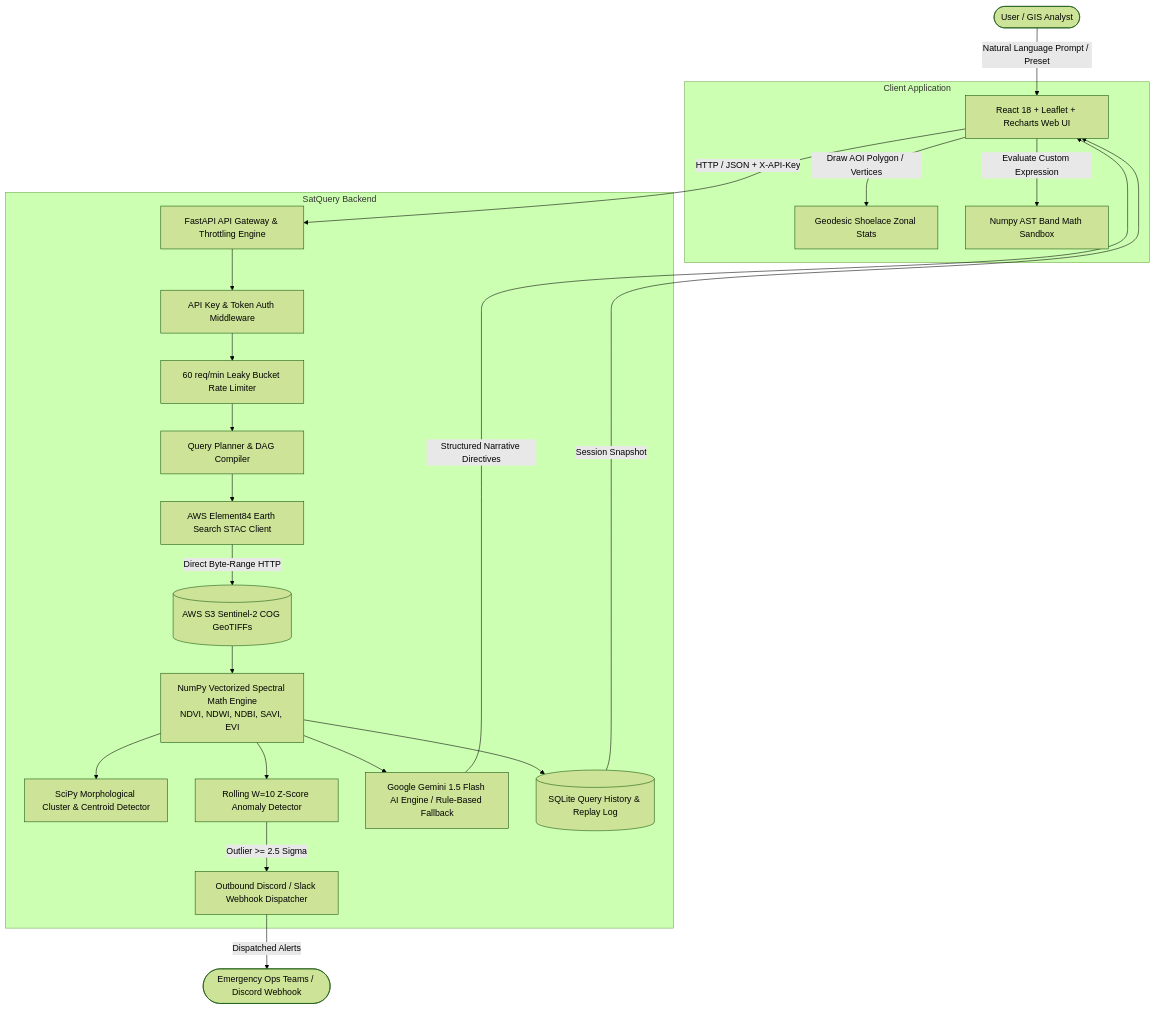
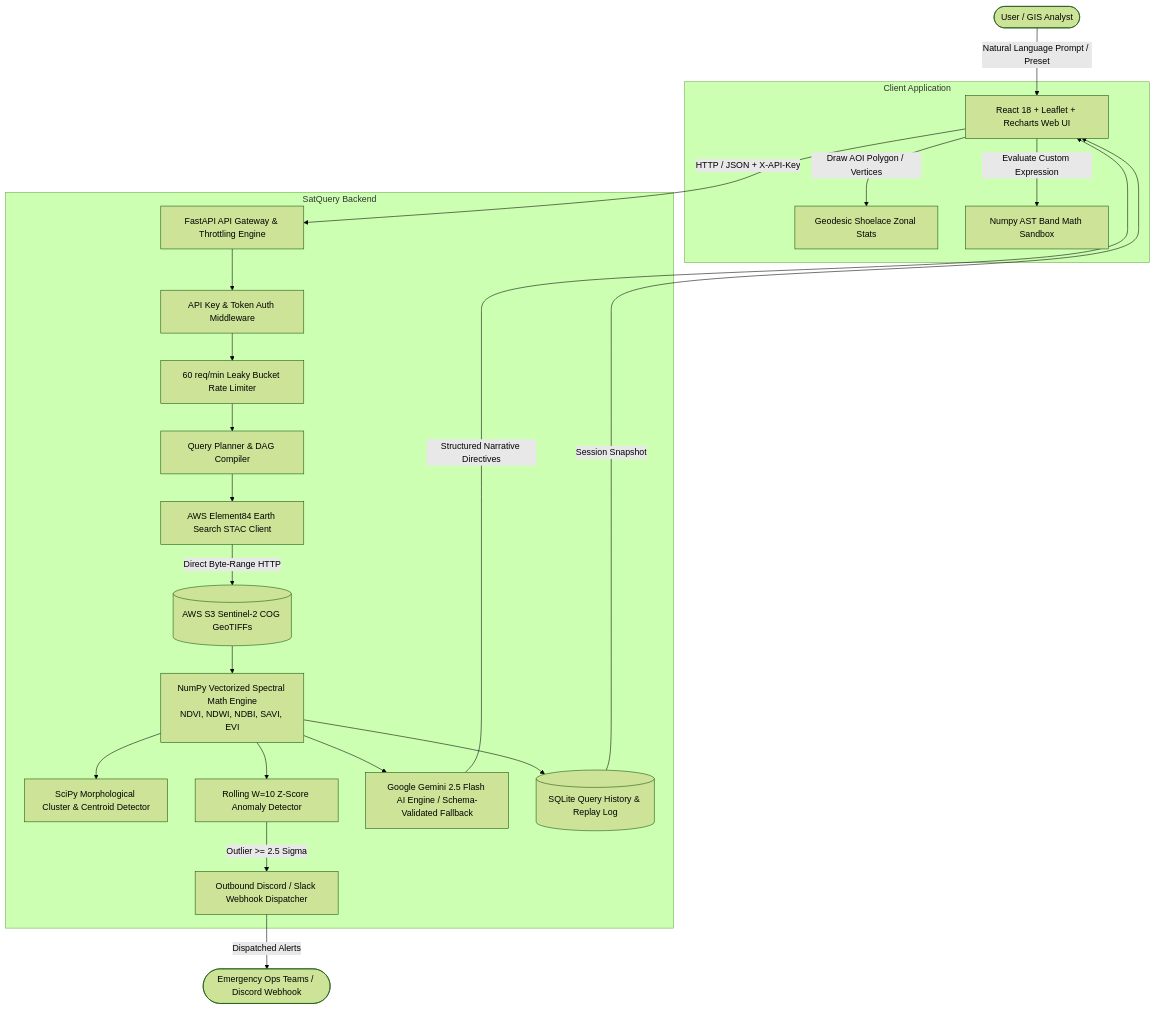
The diagram in README.md (Dewesh10/satquery-ai), drawn with Mermaid (forest theme) before and after one commit. The commit also changed other lines of this file and 10 other files, not shown here.

Commit message:
feat(benchmarks): add Sen1Floods11 & OSCD benchmarks, multi-sensor RF model, schema-validated LLM planner, and 20 tests

````diff
--- a/README.md
+++ b/README.md
@@ -36,34 +36,34 @@
 ```mermaid
 flowchart TD
     User([User / GIS Analyst]) -->|Natural Language Prompt / Preset| Frontend[React 18 + Leaflet + Recharts Web UI]
     
     subgraph Client Layer [Client Application]
         Frontend -->|Draw AOI Polygon / Vertices| AOIEngine[Geodesic Shoelace Zonal Stats]
         Frontend -->|Evaluate Custom Expression| FormulaSandbox[Numpy AST Band Math Sandbox]
     end
 
     Frontend -->|HTTP / JSON + X-API-Key| Gateway[FastAPI API Gateway & Throttling Engine]
     
     subgraph Core Processing [SatQuery Backend]
         Gateway --> AuthMiddleware[API Key & Token Auth Middleware]
         AuthMiddleware --> RateLimiter[60 req/min Leaky Bucket Rate Limiter]
         RateLimiter --> NLPlanner[Query Planner & DAG Compiler]
         
         NLPlanner --> STACClient[AWS Element84 Earth Search STAC Client]
         STACClient -->|Direct Byte-Range HTTP| AWSCOG[(AWS S3 Sentinel-2 COG GeoTIFFs)]
         
         AWSCOG --> BandMath[NumPy Vectorized Spectral Math Engine\nNDVI, NDWI, NDBI, SAVI, EVI]
         BandMath --> ScipyCV[SciPy Morphological Cluster & Centroid Detector]
         
         BandMath --> AnomalyEngine[Rolling W=10 Z-Score Anomaly Detector]
         AnomalyEngine -->|Outlier >= 2.5 Sigma| AlertDispatcher[Outbound Discord / Slack Webhook Dispatcher]
         
-        BandMath --> DigestGen[Google Gemini 1.5 Flash AI Engine / Rule-Based Fallback]
+        BandMath --> DigestGen[Google Gemini 2.5 Flash AI Engine / Schema-Validated Fallback]
         
         BandMath --> SQLiteStore[(SQLite Query History & Replay Log)]
     end
 
     SQLiteStore -->|Session Snapshot| Frontend
     AlertDispatcher -->|Dispatched Alerts| OpsChannel([Emergency Ops Teams / Discord Webhook])
     DigestGen -->|Structured Narrative Directives| Frontend
 ```
````
